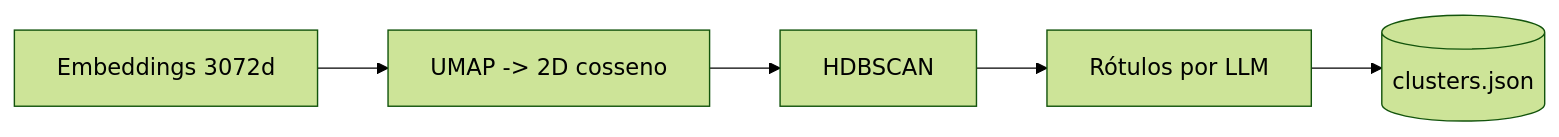
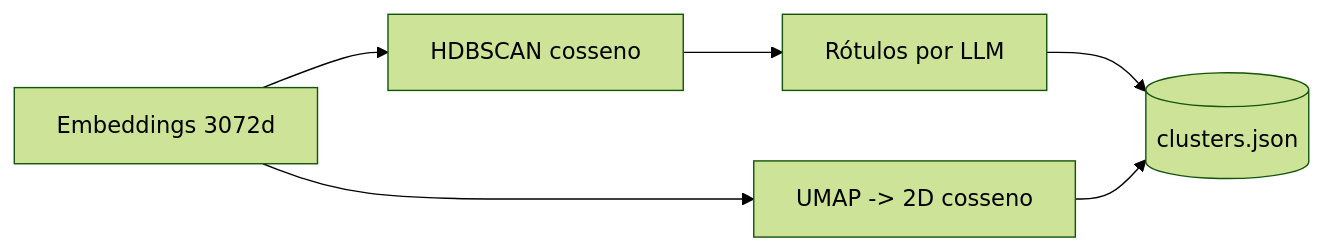
Before and after one commit to johnlaff/incident-sense: the diagram in docs/clustering-flow.md, drawn with Mermaid (forest theme). The commit also changed other lines of this file and 7 other files, not shown here.

First line of the commit message:
fix(recorrencias): HDBSCAN nos embeddings para deixar o ruído isolado

````diff
--- a/docs/clustering-flow.md
+++ b/docs/clustering-flow.md
@@ -14,7 +14,8 @@
 ```mermaid
 flowchart LR
-    E[Embeddings 3072d] --> U[UMAP -> 2D cosseno]
-    U --> H[HDBSCAN]
+    E[Embeddings 3072d] --> H[HDBSCAN cosseno]
     H --> R[Rótulos por LLM]
+    E --> U[UMAP -> 2D cosseno]
     R --> J[(clusters.json)]
+    U --> J
 ```
````
